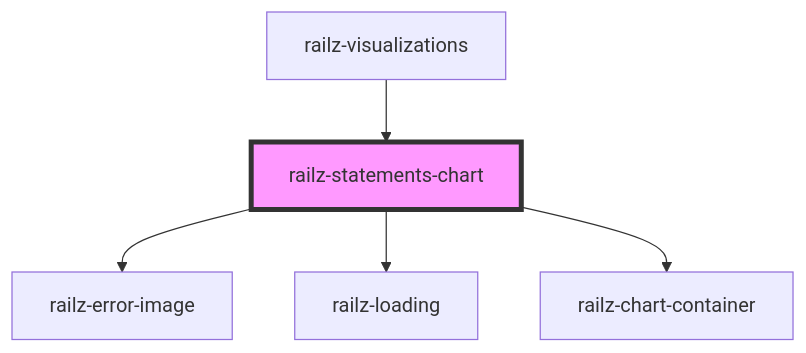
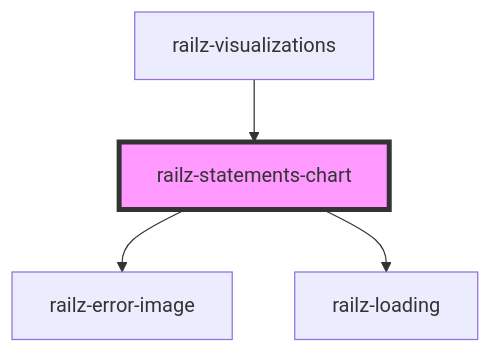
Before and after one commit to railz-ai/railz-visualizations: the diagram in packages/components/src/components/statements-chart/readme.md, drawn with Mermaid. The commit also changed other lines of this file and 49 other files, not shown here.

````diff
--- a/packages/components/src/components/statements-chart/readme.md
+++ b/packages/components/src/components/statements-chart/readme.md
@@ -30,8 +29,7 @@
 ```mermaid
 graph TD;
   railz-statements-chart --> railz-error-image
   railz-statements-chart --> railz-loading
-  railz-statements-chart --> railz-chart-container
   railz-visualizations --> railz-statements-chart
   style railz-statements-chart fill:#f9f,stroke:#333,stroke-width:4px
 ```
````
